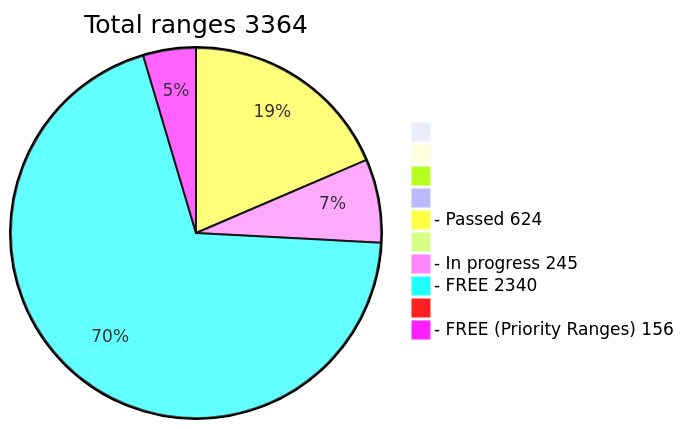
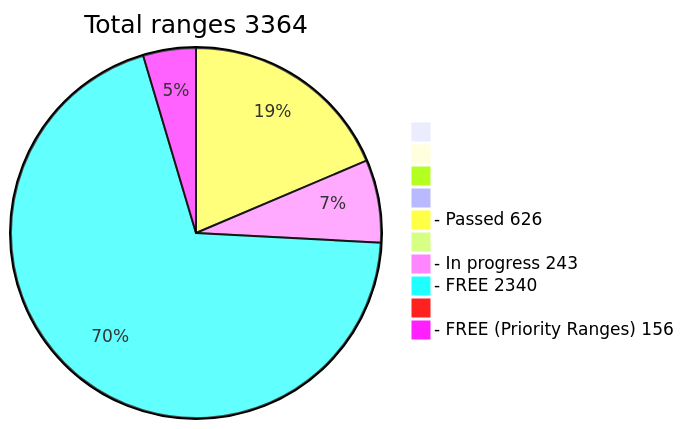
The diagram in README.md (phrutis/wif500), drawn with Mermaid before and after one commit.

````diff
--- a/README.md
+++ b/README.md
@@ -16,13 +16,13 @@
 ```mermaid
 pie title Total ranges 3364
              " " : 0
             "  " : 0
            "   " : 0
           "    " : 0
-  "- Passed 624" : 624
+  "- Passed 626" : 626
          "     " : 0
-  "- In progress 245" : 245
+  "- In progress 243" : 243
    "- FREE 2340" : 2340
         "      " : 0
   "- FREE (Priority Ranges) 156" : 155
 ```
````
